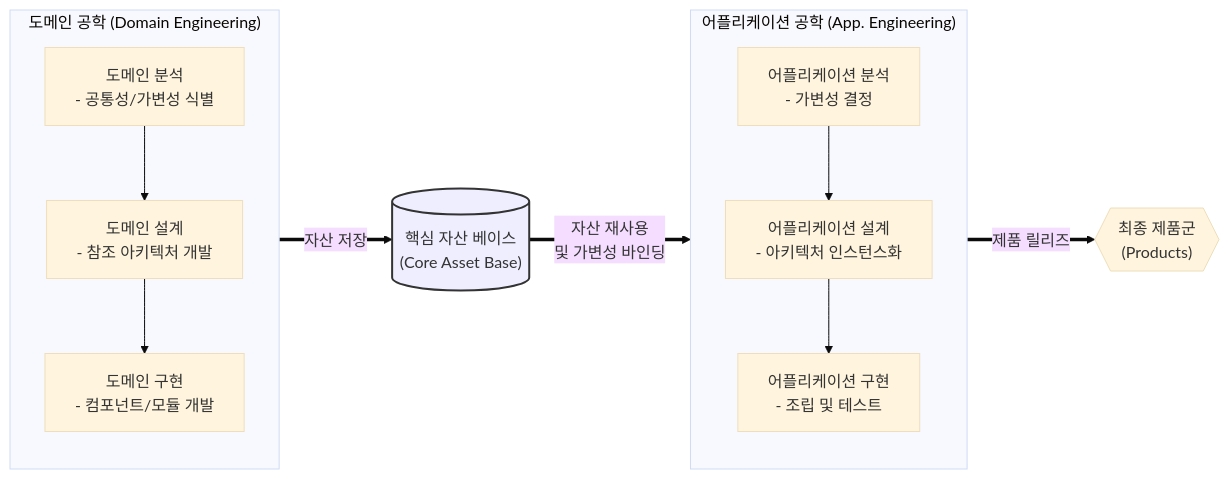
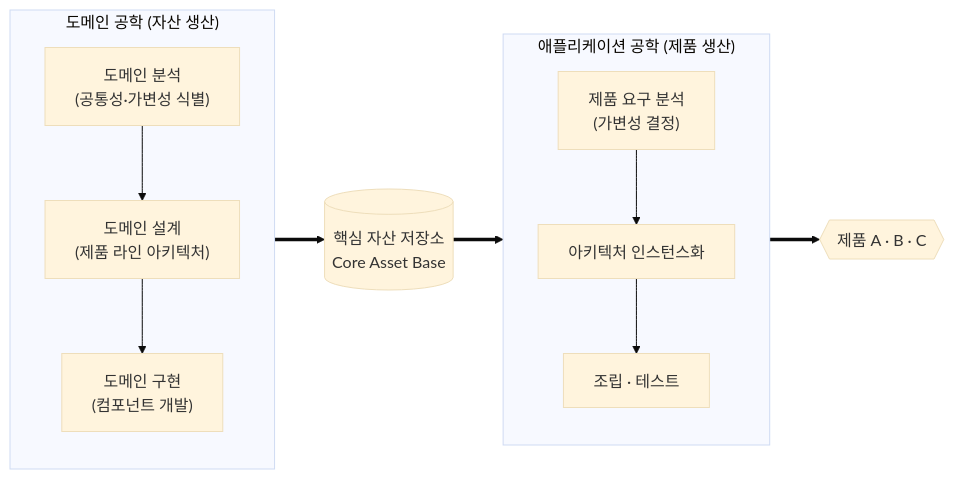
Before and after one commit to supremethumb/supremethumb.github.io: the diagram in content/01_IT Tech/소프트웨어 프로덕트 라인.md, drawn with Mermaid (base theme). The commit also changed other lines of this file and 1087 other files, not shown here.

````diff
--- a/content/01_IT Tech/소프트웨어 프로덕트 라인.md
+++ b/content/01_IT Tech/소프트웨어 프로덕트 라인.md
@@ -28,25 +37,14 @@
 ```mermaid
 flowchart LR
-    subgraph Domain["도메인 공학 (Domain Engineering)"]
+    subgraph Domain["도메인 공학 (자산 생산)"]
         direction TB
-        DA[도메인 분석<br/>- 공통성/가변성 식별] --> DD[도메인 설계<br/>- 참조 아키텍처 개발]
-        DD --> DI[도메인 구현<br/>- 컴포넌트/모듈 개발]
+        DA["도메인 분석<br/>(공통성·가변성 식별)"] --> DD["도메인 설계<br/>(제품 라인 아키텍처)"] --> DI["도메인 구현<br/>(컴포넌트 개발)"]
     end
-
-    CA[("핵심 자산 베이스<br/>(Core Asset Base)")]
-
-    subgraph Application["어플리케이션 공학 (App. Engineering)"]
+    CA[("핵심 자산 저장소<br/>Core Asset Base")]
+    subgraph App["애플리케이션 공학 (제품 생산)"]
         direction TB
-        AA[어플리케이션 분석<br/>- 가변성 결정] --> AD[어플리케이션 설계<br/>- 아키텍처 인스턴스화]
-        AD --> AI[어플리케이션 구현<br/>- 조립 및 테스트]
+        AA["제품 요구 분석<br/>(가변성 결정)"] --> AD["아키텍처 인스턴스화"] --> AI["조립 · 테스트"]
     end
-    
-    Products{{"최종 제품군<br/>(Products)"}}
-
-    Domain ==> |자산 저장| CA
-    CA ==> |자산 재사용<br/>및 가변성 바인딩| Application
-    Application ==> |제품 릴리즈| Products
-    
-    style CA fill:#eef,stroke:#333,stroke-width:2px
-
+    Products{{"제품 A · B · C"}}
+    Domain ==> CA ==> App ==> Products
 ```
````
